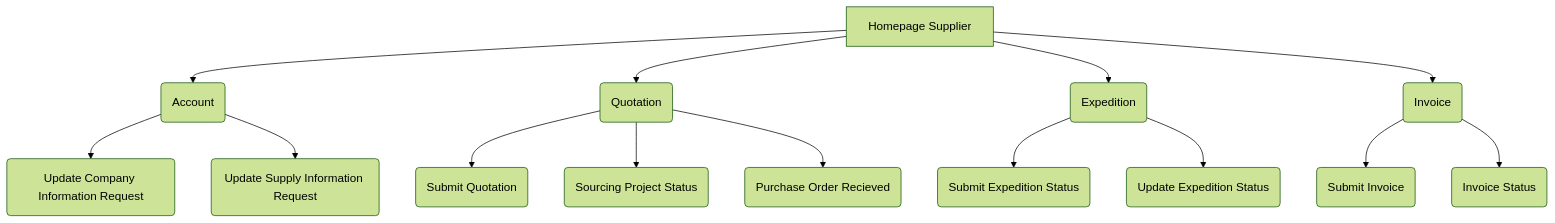
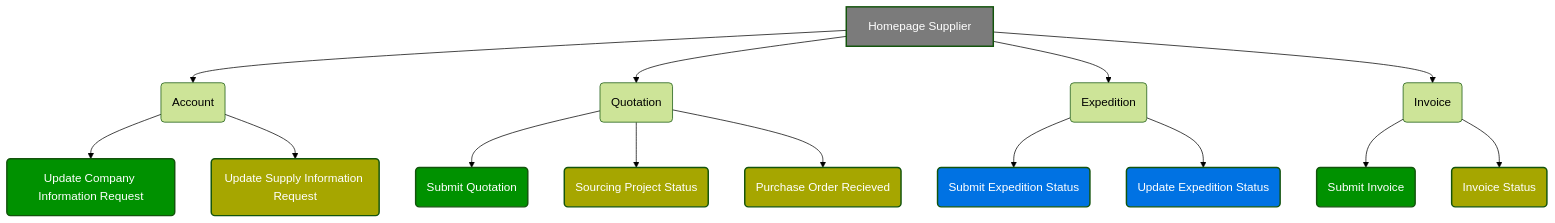
Before and after one commit to aanba123734/HW4: the second of 2 diagrams in README.md, drawn with Mermaid (forest theme). The commit also changed other lines of this file, not shown here.

````diff
--- a/README.md
+++ b/README.md
@@ -41,24 +70,44 @@
 ```mermaid
 graph TD
-    H[Homepage Supplier]-->I(Account);
+    %% Style Definitions
+    classDef homepage fill:#7B7B7B,stroke-width:2px,color:#fff
+    classDef greenBox fill:#009100,stroke-width:2px,color:#fff
+    classDef yellowBox fill:#A6A600,stroke-width:2px,color:#fff
+    classDef blueBox fill:#0072E3,stroke-width:2px,color:#fff
+    classDef loginBox fill:#2d5016,stroke-width:3px,color:#fff
+
+    I1["Update Company Information Request"]:::greenBox
+    I2["Update Supply Information Request"]:::yellowBox
+    
+    J1["Submit Quotation"]:::greenBox
+    J2["Sourcing Project Status"]:::yellowBox
+    J3["Purchase Order Recieved"]:::yellowBox
+
+    K1["Submit Expedition Status"]:::blueBox
+    K2["Update Expedition Status"]:::blueBox
+
+    L1["Submit Invoice"]:::greenBox
+    L2["Invoice Status"]:::yellowBox
+
+    H[Homepage Supplier]:::homepage-->I(Account);
     H --> J(Quotation);
     H --> K(Expedition);
     H --> L(Invoice);
 
     %% Account
     I --> I1(Update Company Information Request);
     I --> I2(Update Supply Information Request);
 
     %% Quotation
     J --> J1(Submit Quotation);
     J --> J2(Sourcing Project Status);
     J --> J3(Purchase Order Recieved);
 
     %% Expedition
     K --> K1(Submit Expedition Status);
     K --> K2(Update Expedition Status);
 
     %% Invoicing
     L --> L1(Submit Invoice);
     L --> L2(Invoice Status);
 ```
````
